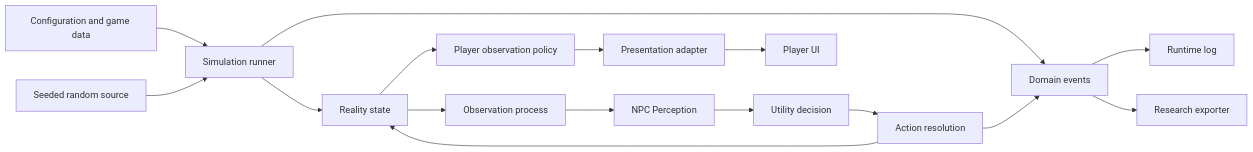
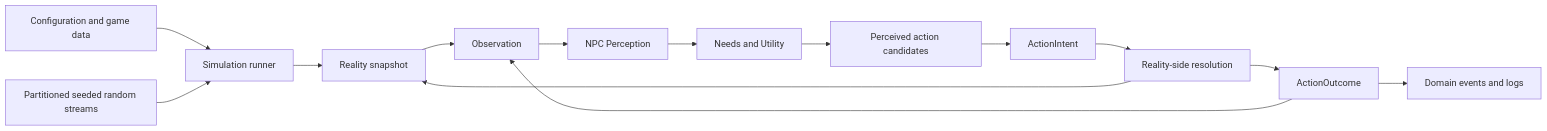
The first of 2 diagrams in docs/architecture/ARCHITECTURE.md (yoppy115/urutora), drawn with Mermaid before and after one commit. The commit also changed other lines of this file and 96 other files, not shown here.

````diff
--- a/docs/architecture/ARCHITECTURE.md
+++ b/docs/architecture/ARCHITECTURE.md
@@ -18,18 +20,16 @@
 ```mermaid
 flowchart LR
     C["Configuration and game data"] --> R["Simulation runner"]
-    S["Seeded random source"] --> R
-    R --> W["Reality state"]
-    W --> O["Observation process"]
+    S["Partitioned seeded random streams"] --> R
+    R --> W["Reality snapshot"]
+    W --> O["Observation"]
     O --> P["NPC Perception"]
-    P --> U["Utility decision"]
-    U --> A["Action resolution"]
+    P --> N["Needs and Utility"]
+    N --> K["Perceived action candidates"]
+    K --> I["ActionIntent"]
+    I --> A["Reality-side resolution"]
     A --> W
-    R --> E["Domain events"]
-    A --> E
-    E --> L["Runtime log"]
-    E --> X["Research exporter"]
-    W --> Q["Player observation policy"]
-    Q --> V["Presentation adapter"]
-    V --> UI["Player UI"]
+    A --> U["ActionOutcome"]
+    U --> O
+    U --> E["Domain events and logs"]
 ```
````
